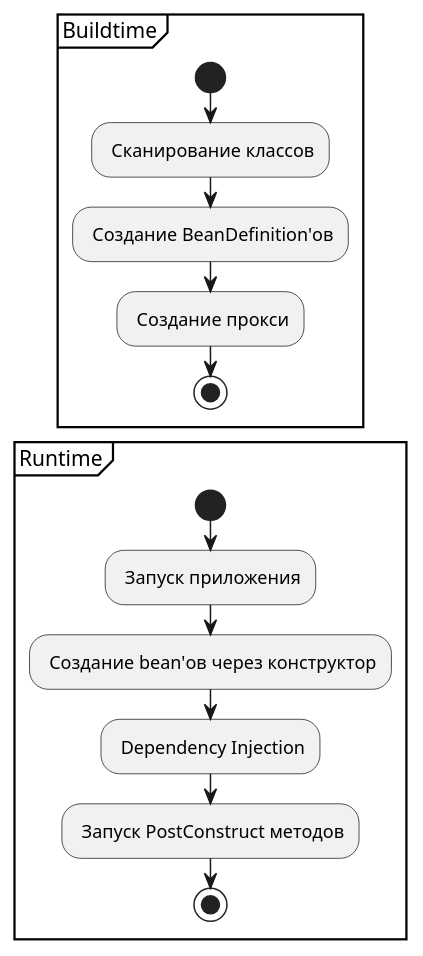
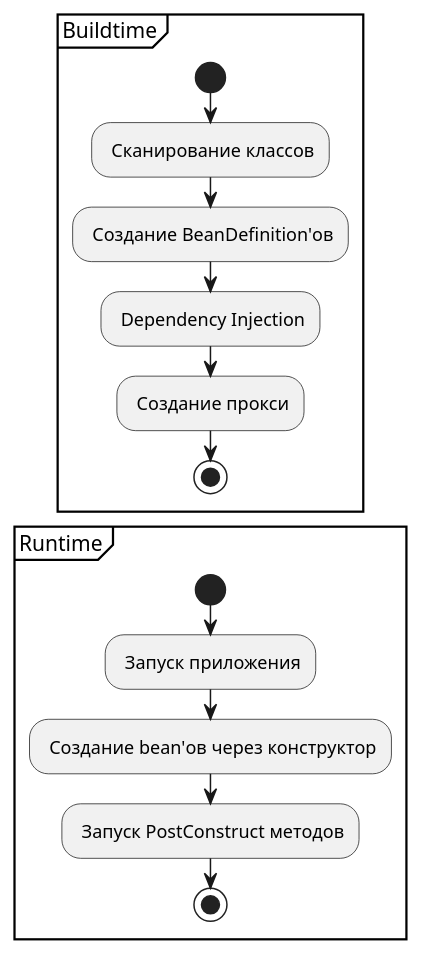
Before and after one commit to chrshnv/jpoint-2026-spring-data-jdbc-demo: the diagram in aotprocess.puml, drawn with PlantUML. The commit also changed other lines of this file, not shown here.

```diff
--- a/aotprocess.puml
+++ b/aotprocess.puml
@@ -1,17 +1,17 @@
 @startuml
 partition Buildtime {
 start
 - Сканирование классов
 - Создание BeanDefinition'ов
+- Dependency Injection
 - Создание прокси
 stop
 }
 partition Runtime {
 start
 - Запуск приложения
 - Создание bean'ов через конструктор
-- Dependency Injection
 - Запуск PostConstruct методов
 stop
 }
 @enduml
```
